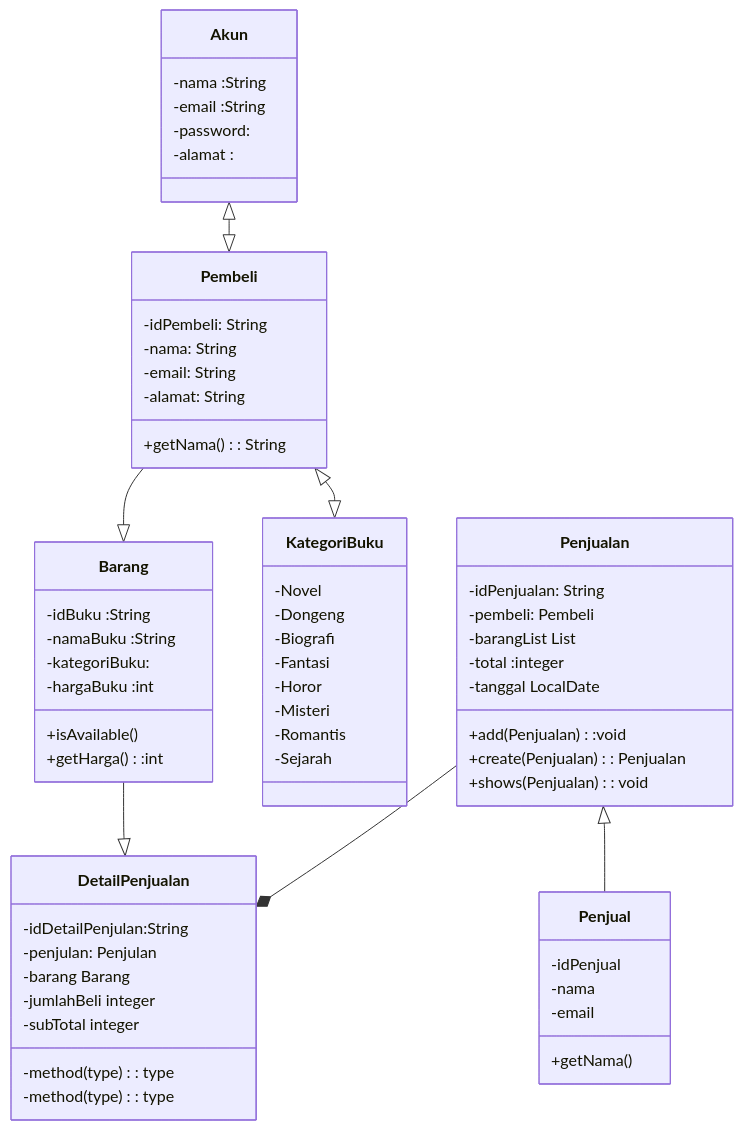
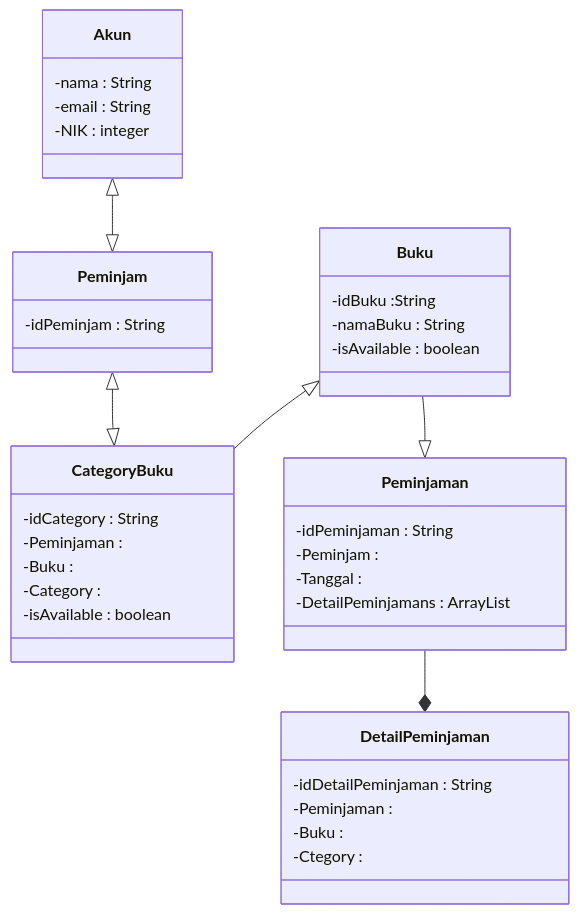
Before and after one commit to ikhsanhazamy/UAS-DASPRO: the diagram in README.md, drawn with Mermaid.

````diff
--- a/README.md
+++ b/README.md
@@ -3,73 +3,49 @@
 ```mermaid
 classDiagram
     class Akun{
-        -nama :String
-        -email :String
-        -password:
-        -alamat :
+        -nama : String
+        -email : String
+        -NIK : integer
     }
 
-    class Barang{
+    class Buku{
         -idBuku :String
-        -namaBuku :String
-        -kategoriBuku:
-        -hargaBuku :int
-        +isAvailable() 
-        +getHarga():int
+        -namaBuku : String
+        -isAvailable : boolean
     }
 
-    class KategoriBuku{
-        -Novel
-        -Dongeng
-        -Biografi
-        -Fantasi
-        -Horor
-        -Misteri
-        -Romantis
-        -Sejarah
+    class CategoryBuku{
+        -idCategory : String
+        -Peminjaman :
+        -Buku :
+        -Category :
+        -isAvailable : boolean
     }
 
-    class Pembeli{
-        -idPembeli: String 
-        -nama: String 
-        -email: String 
-        -alamat: String 
-        +getNama(): String
+    class DetailPeminjaman{
+        -idDetailPeminjaman : String
+        -Peminjaman :
+        -Buku :
+        -Ctegory :
+     
     }
 
-    class Penjual{
-        -idPenjual
-        -nama
-        -email
-        +getNama()
+    class Peminjam{
+        -idPeminjam : String
     }
 
-    class Penjualan{
-        -idPenjualan: String 
-        -pembeli: Pembeli 
-        -barangList List<Barang>  
-        -total :integer  
-        -tanggal LocalDate  
-        +add(Penjualan):void   
-        +create(Penjualan): Penjualan   
-        +shows(Penjualan): void   
-    }
+class Peminjaman{
+        -idPeminjaman : String
+        -Peminjam :
+        -Tanggal :
+        -DetailPeminjamans : ArrayList
 
-    class DetailPenjualan{
-        -idDetailPenjulan:String   
-        -penjulan: Penjulan   
-        -barang Barang    
-        -jumlahBeli integer    
-        -subTotal integer    
-        -method(type): type    
-        -method(type): type
-    }
+}
 
-    Akun <|--|> Pembeli
-    Barang --|> DetailPenjualan
-    Pembeli --|> Barang
-    Penjualan <|-- Penjual
-    Pembeli <|--|> KategoriBuku
-    Penjualan --*  DetailPenjualan
+    Akun <|--|> Peminjam
+    Buku --|> Peminjaman
+    Peminjam <|--|> CategoryBuku
+    Buku <|-- CategoryBuku
+    Peminjaman --*  DetailPeminjaman
     
 ```
````
